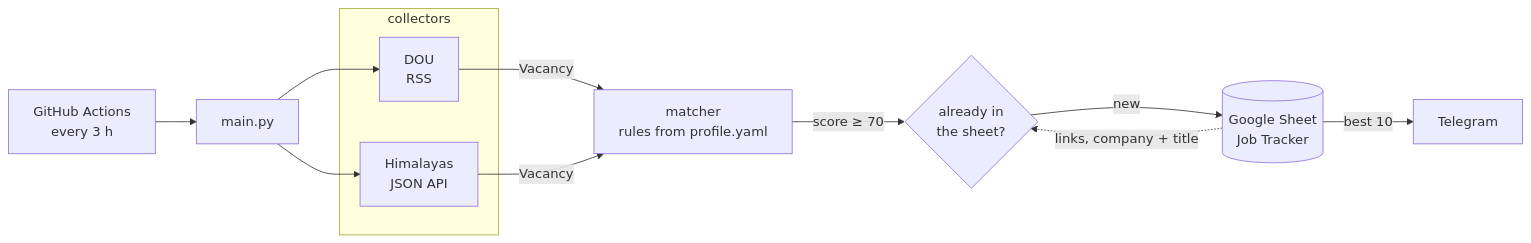
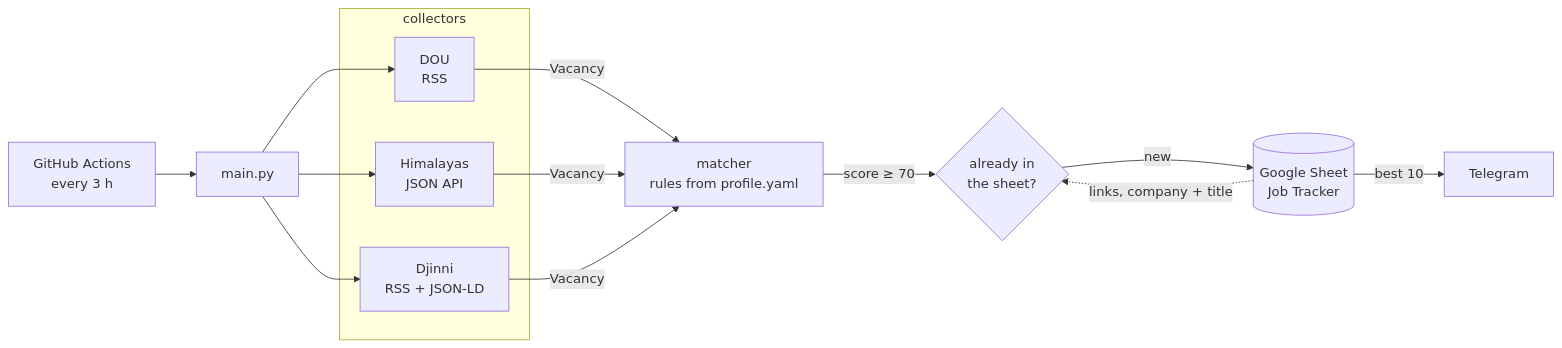
Before and after one commit to dim-dimy4/job-matcher: the diagram in README.md, drawn with Mermaid. The commit also changed other lines of this file and 18 other files, not shown here.

````diff
--- a/README.md
+++ b/README.md
@@ -13,14 +13,15 @@
 ```mermaid
 flowchart LR
     cron["GitHub Actions<br/>every 3 h"] --> main["main.py"]
     subgraph collectors
         dou["DOU<br/>RSS"]
         him["Himalayas<br/>JSON API"]
+        djinni["Djinni<br/>RSS + JSON-LD"]
     end
-    main --> dou & him
-    dou & him -->|Vacancy| matcher["matcher<br/>rules from profile.yaml"]
+    main --> dou & him & djinni
+    dou & him & djinni -->|Vacancy| matcher["matcher<br/>rules from profile.yaml"]
     matcher -->|"score ≥ 70"| dedup{"already in<br/>the sheet?"}
     dedup -->|new| sheet[("Google Sheet<br/>Job Tracker")]
     sheet -->|"best 10"| tg["Telegram"]
     sheet -. "links, company + title" .-> dedup
 ```
````
